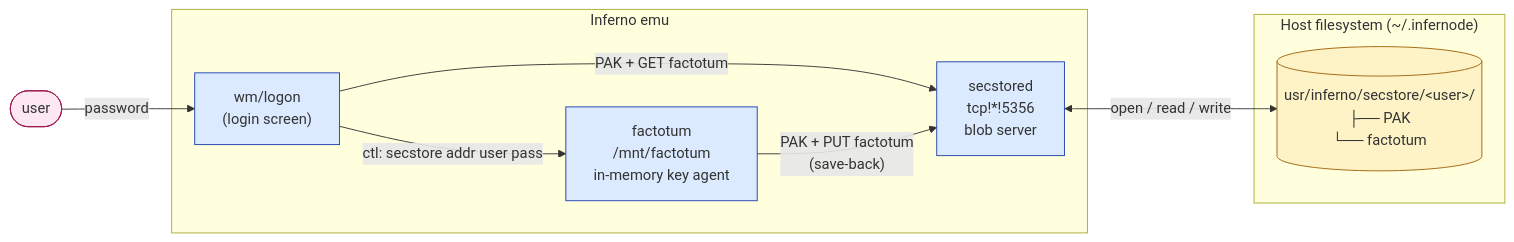
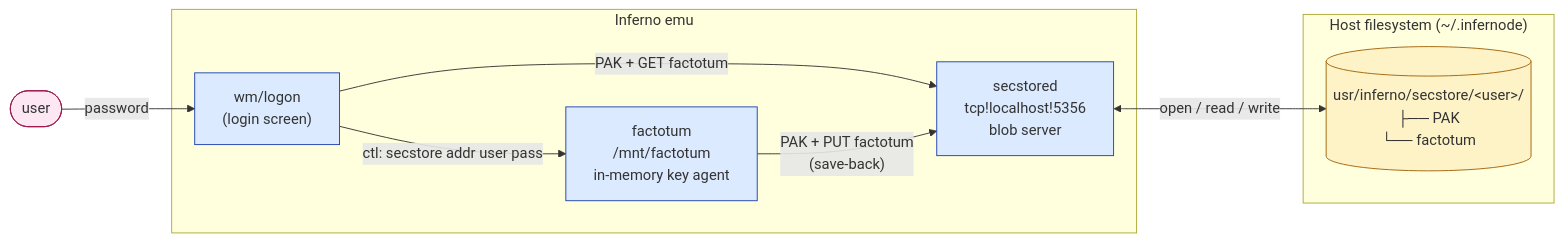
One commit to infernode-os/infernode changed the first of 12 diagrams in docs/AUTHENTICATION.md. Above: the diagram before and after it, drawn with Mermaid. The commit also changed other lines of this file and 4 other files, not shown here.

````diff
--- a/docs/AUTHENTICATION.md
+++ b/docs/AUTHENTICATION.md
@@ -15,25 +15,25 @@
 ```mermaid
 flowchart LR
     subgraph host["Host filesystem (~/.infernode)"]
         storedir[("usr/inferno/secstore/&lt;user&gt;/<br/>├── PAK<br/>└── factotum")]
     end
 
     subgraph emu["Inferno emu"]
         logon["wm/logon<br/>(login screen)"]
         factotum["factotum<br/>/mnt/factotum<br/>in-memory key agent"]
-        secstored["secstored<br/>tcp!*!5356<br/>blob server"]
+        secstored["secstored<br/>tcp!localhost!5356<br/>blob server"]
     end
 
     user(["user"]) -- password --> logon
     logon -- "ctl: secstore addr user pass" --> factotum
     logon -- PAK + GET factotum --> secstored
     factotum -- PAK + PUT factotum<br/>(save-back) --> secstored
     secstored <-- "open / read / write" --> storedir
 
     classDef store fill:#fef3c7,stroke:#a16207
     classDef proc fill:#dbeafe,stroke:#1e40af
     classDef person fill:#fce7f3,stroke:#9d174d
     class storedir store
     class logon,factotum,secstored proc
     class user person
 ```
````
